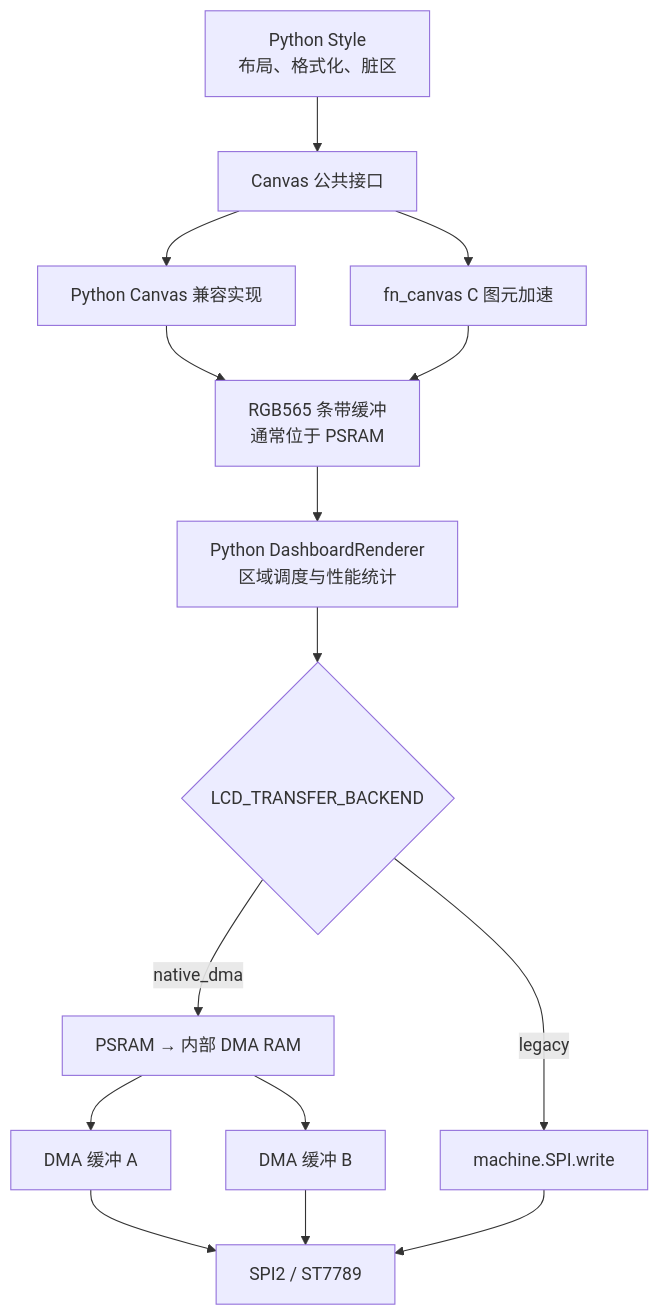
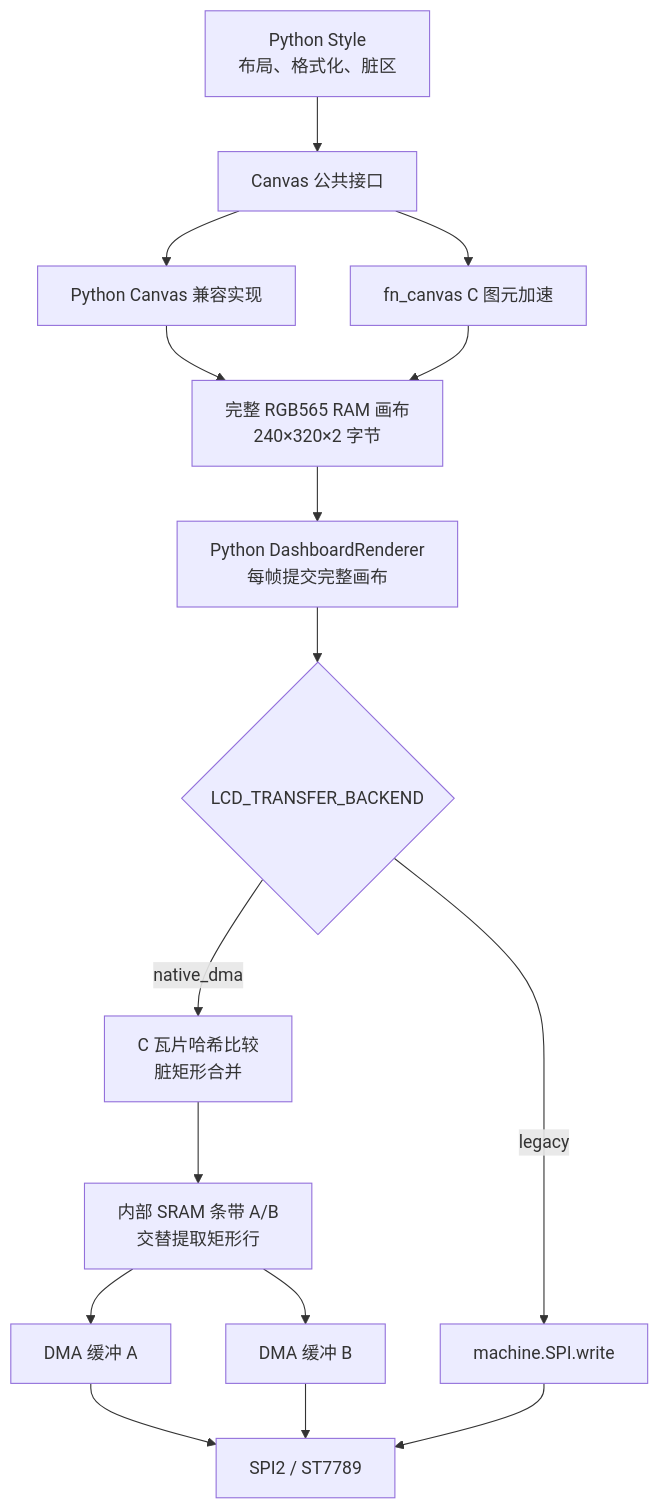
The diagram in doc/esp32-fix/ESP32-S3_MicroPython_LCD_DMA渲染原理.md (tokyohost/pico-vision), drawn with Mermaid before and after one commit. The commit also changed other lines of this file and 11 other files, not shown here.

````diff
--- a/doc/esp32-fix/ESP32-S3_MicroPython_LCD_DMA渲染原理.md
+++ b/doc/esp32-fix/ESP32-S3_MicroPython_LCD_DMA渲染原理.md
@@ -20,17 +22,18 @@
 ```mermaid
 flowchart TD
     STYLE["Python Style<br/>布局、格式化、脏区"] --> CANVAS["Canvas 公共接口"]
     CANVAS --> PY["Python Canvas 兼容实现"]
     CANVAS --> CC["fn_canvas C 图元加速"]
-    PY --> BUFFER["RGB565 条带缓冲<br/>通常位于 PSRAM"]
+    PY --> BUFFER["完整 RGB565 RAM 画布<br/>240×320×2 字节"]
     CC --> BUFFER
-    BUFFER --> RENDERER["Python DashboardRenderer<br/>区域调度与性能统计"]
+    BUFFER --> RENDERER["Python DashboardRenderer<br/>每帧提交完整画布"]
     RENDERER --> SWITCH{"LCD_TRANSFER_BACKEND"}
     SWITCH -->|legacy| LEGACY["machine.SPI.write"]
-    SWITCH -->|native_dma| COPY["PSRAM → 内部 DMA RAM"]
-    COPY --> DMAA["DMA 缓冲 A"]
-    COPY --> DMAB["DMA 缓冲 B"]
+    SWITCH -->|native_dma| DIRTY["C 瓦片哈希比较<br/>脏矩形合并"]
+    DIRTY --> STRIP["内部 SRAM 条带 A/B<br/>交替提取矩形行"]
+    STRIP --> DMAA["DMA 缓冲 A"]
+    STRIP --> DMAB["DMA 缓冲 B"]
     DMAA --> SPI["SPI2 / ST7789"]
     DMAB --> SPI
     LEGACY --> SPI
 ```
````
